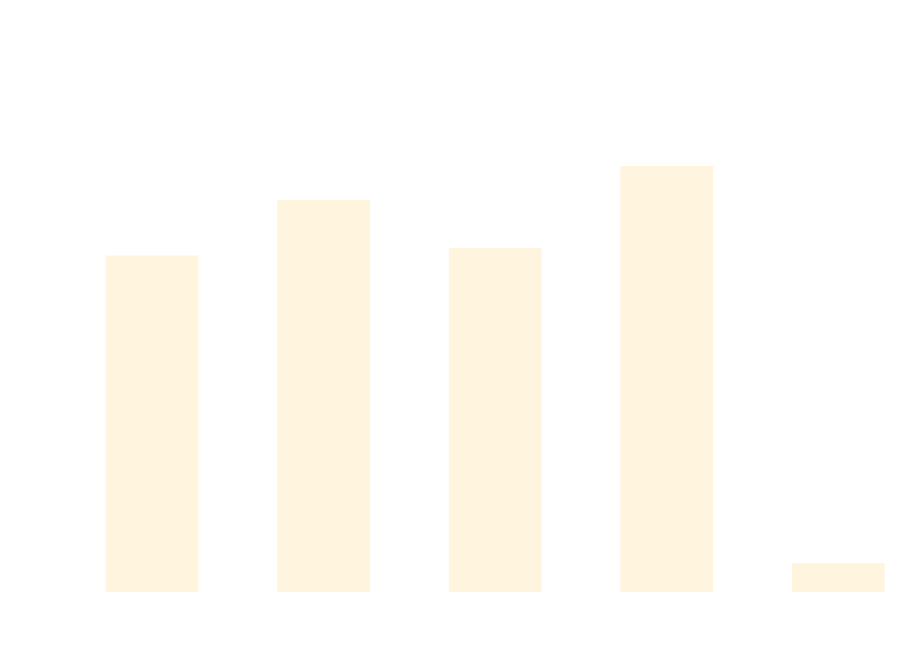
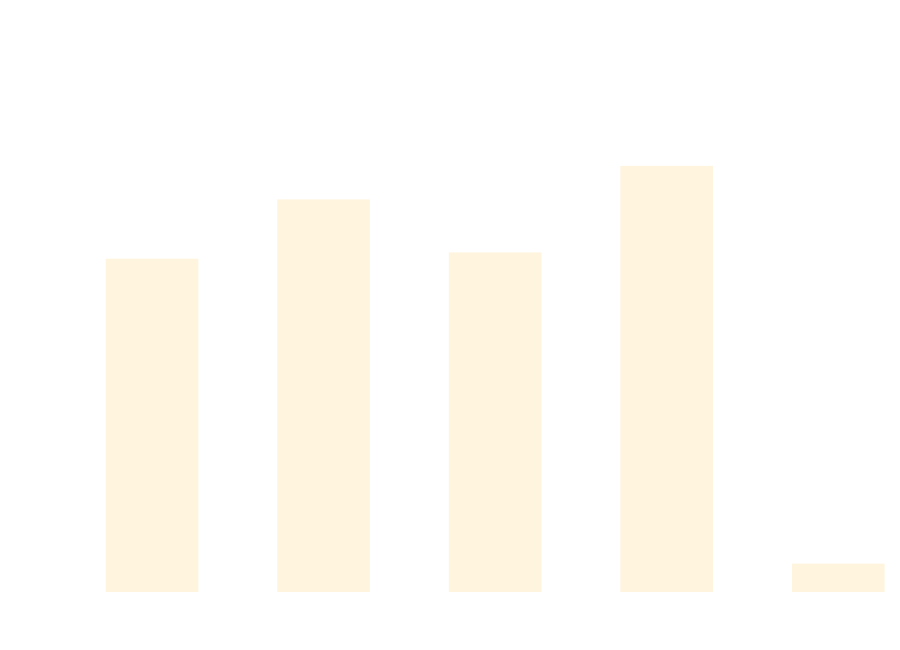
One commit to thomhurst/TUnit changed the diagram in docs/docs/benchmarks/DataDrivenTests.md. Above: the diagram before and after it, drawn with Mermaid. The commit also changed other lines of this file and 17 other files, not shown here.

````diff
--- a/docs/docs/benchmarks/DataDrivenTests.md
+++ b/docs/docs/benchmarks/DataDrivenTests.md
@@ -27,37 +27,37 @@
 ```mermaid
 %%{init: {
   'theme':'base',
   'themeVariables': {
     'primaryColor': '#2563eb',
     'primaryTextColor': '#ffffff',
     'primaryBorderColor': '#1e40af',
     'lineColor': '#6b7280',
     'secondaryColor': '#7c3aed',
     'tertiaryColor': '#dc2626',
     'background': '#ffffff',
     'mainBkg': '#2563eb',
     'secondBkg': '#7c3aed',
     'tertiaryBkg': '#dc2626',
     'clusterBkg': '#f3f4f6',
     'edgeLabelBackground': '#ffffff',
     'tertiaryTextColor': '#1f2937',
     'pie1': '#2563eb',
     'pie2': '#7c3aed',
     'pie3': '#dc2626',
     'pie4': '#f59e0b',
     'pie5': '#10b981',
     'pie6': '#06b6d4',
     'pie7': '#ec4899',
     'pie8': '#6366f1',
     'pie9': '#84cc16',
     'pie10': '#f97316',
     'pie11': '#14b8a6',
     'pie12': '#a855f7'
   }
 }}%%
 xychart-beta
   title "DataDrivenTests Performance Comparison"
   x-axis ["TUnit", "NUnit", "MSTest", "xUnit3", "TUnit_AOT"]
-  y-axis "Time (ms)" 0 --> 710
-  bar [463.26, 542.82, 473.7, 591.02, 23.9]
+  y-axis "Time (ms)" 0 --> 704
+  bar [454.79, 538.67, 463.69, 586.19, 23.32]
 ```
````
